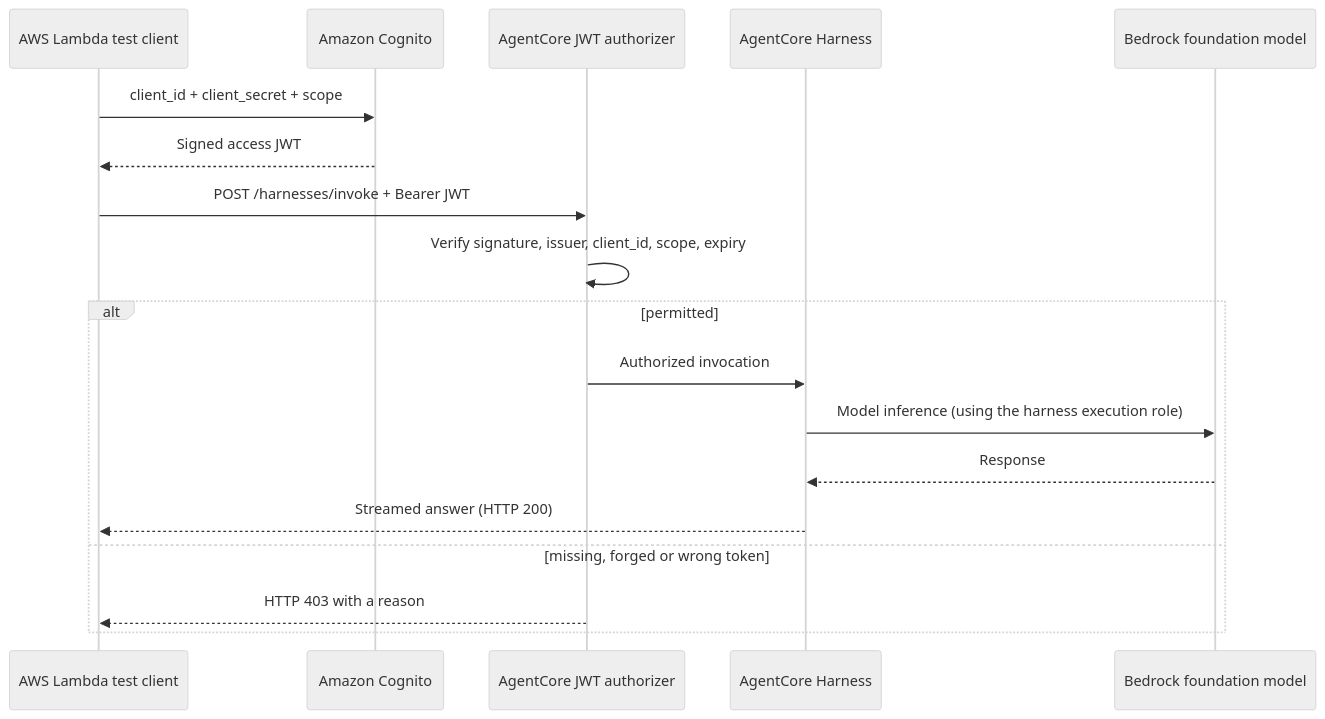
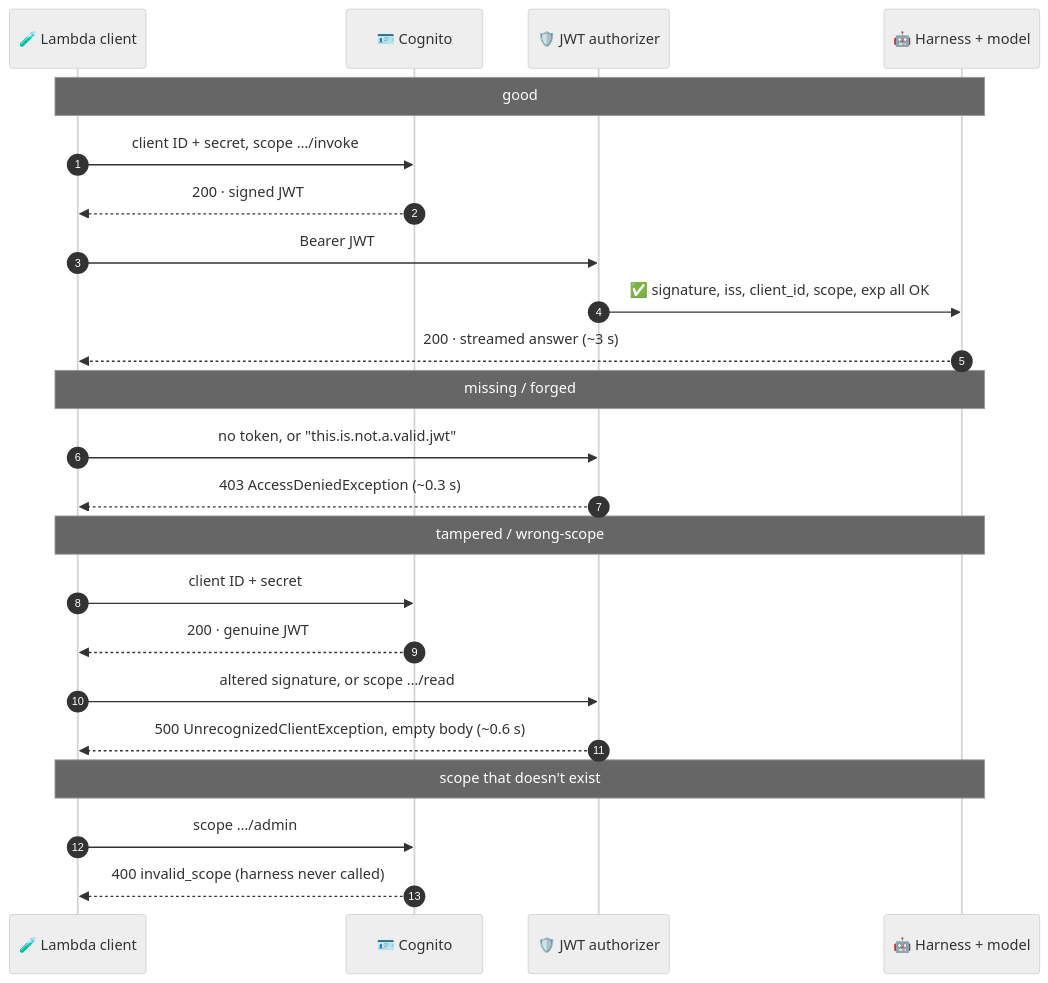
Before and after one commit to varoonsahgal/orbit-field-academy-student-labs: the seventh of 10 diagrams in 05-ORBIT-Identity-Lockdown.md, drawn with Mermaid (neutral theme). The commit also changed other lines of this file and 11 other files, not shown here.

First line of the commit message:
Mission 05: deeper concept walkthrough, five-mode JWT test, live re-verification

````diff
--- a/05-ORBIT-Identity-Lockdown.md
+++ b/05-ORBIT-Identity-Lockdown.md
@@ -60,20 +616,25 @@
 ```mermaid
 sequenceDiagram
-    participant Tester as AWS Lambda test client
-    participant Cognito as Amazon Cognito
-    participant Gate as AgentCore JWT authorizer
-    participant Harness as AgentCore Harness
-    participant Bedrock as Bedrock foundation model
-    Tester->>Cognito: client_id + client_secret + scope
-    Cognito-->>Tester: Signed access JWT
-    Tester->>Gate: POST /harnesses/invoke + Bearer JWT
-    Gate->>Gate: Verify signature, issuer, client_id, scope, expiry
-    alt permitted
-        Gate->>Harness: Authorized invocation
-        Harness->>Bedrock: Model inference (using the harness execution role)
-        Bedrock-->>Harness: Response
-        Harness-->>Tester: Streamed answer (HTTP 200)
-    else missing, forged or wrong token
-        Gate-->>Tester: HTTP 403 with a reason
-    end
+    autonumber
+    participant L as 🧪 Lambda client
+    participant C as 🪪 Cognito
+    participant A as 🛡️ JWT authorizer
+    participant H as 🤖 Harness + model
+    Note over L,H: good
+    L->>C: client ID + secret, scope …/invoke
+    C-->>L: 200 · signed JWT
+    L->>A: Bearer JWT
+    A->>H: ✅ signature, iss, client_id, scope, exp all OK
+    H-->>L: 200 · streamed answer (~3 s)
+    Note over L,H: missing / forged
+    L->>A: no token, or "this.is.not.a.valid.jwt"
+    A-->>L: 403 AccessDeniedException (~0.3 s)
+    Note over L,H: tampered / wrong-scope
+    L->>C: client ID + secret
+    C-->>L: 200 · genuine JWT
+    L->>A: altered signature, or scope …/read
+    A-->>L: 500 UnrecognizedClientException, empty body (~0.6 s)
+    Note over L,H: scope that doesn't exist
+    L->>C: scope …/admin
+    C-->>L: 400 invalid_scope (harness never called)
 ```
````
